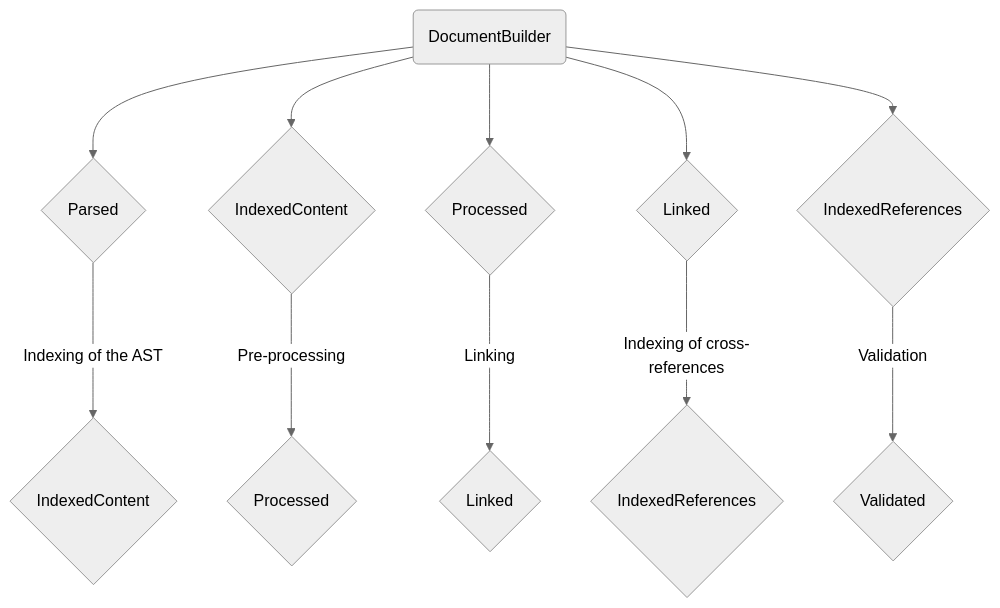
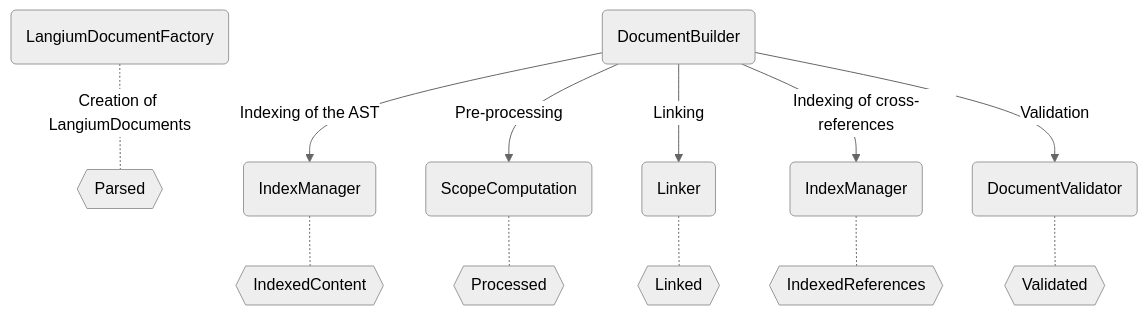
The first of 7 diagrams in content/docs/document-lifecycle.md (eclipse-langium/langium-website), drawn with Mermaid (neutral theme) before and after one commit.

Commit message:
Updated diagram

```diff
--- a/content/docs/document-lifecycle.md
+++ b/content/docs/document-lifecycle.md
@@ -16,14 +16,17 @@
 {{<mermaid>}}
 graph TD;
-DocumentBuilder(DocumentBuilder) --> Parsed{Parsed}
-DocumentBuilder --> IndexedContent{IndexedContent}
-DocumentBuilder --> Processed{Processed}
-DocumentBuilder --> Linked{Linked}
-DocumentBuilder --> IndexedReferences{IndexedReferences}
+N(LangiumDocumentFactory) -.-|Creation of LangiumDocuments| C{{Parsed}}
 
-Parsed -->|Indexing of the AST| IC{IndexedContent}
-IndexedContent -->|Pre-processing| P{Processed}
-Processed -->|Linking| L{Linked}
-Linked -->|Indexing of cross-references| IR{IndexedReferences}
-IndexedReferences -->|Validation| V{Validated}
+A(DocumentBuilder) -->|Indexing of the AST| D(IndexManager) -.- E{{IndexedContent}}
+A -->|Pre-processing| F(ScopeComputation) -.- G{{Processed}}
+A -->|Linking| H(Linker) -.- I{{Linked}}
+A -->|Indexing of cross-references| J(IndexManager) -.- K{{IndexedReferences}} 
+A -->|Validation| L(DocumentValidator) -.- M{{Validated}}
+
+click N "./#creation-of-langiumdocuments"
+click D "./#indexing-of-the-ast"
+click F "./#pre-processing"
+click H "./#linking"
+click J "./#indexing-of-cross-references"
+click L "./#validation"
 {{</mermaid>}}
```
